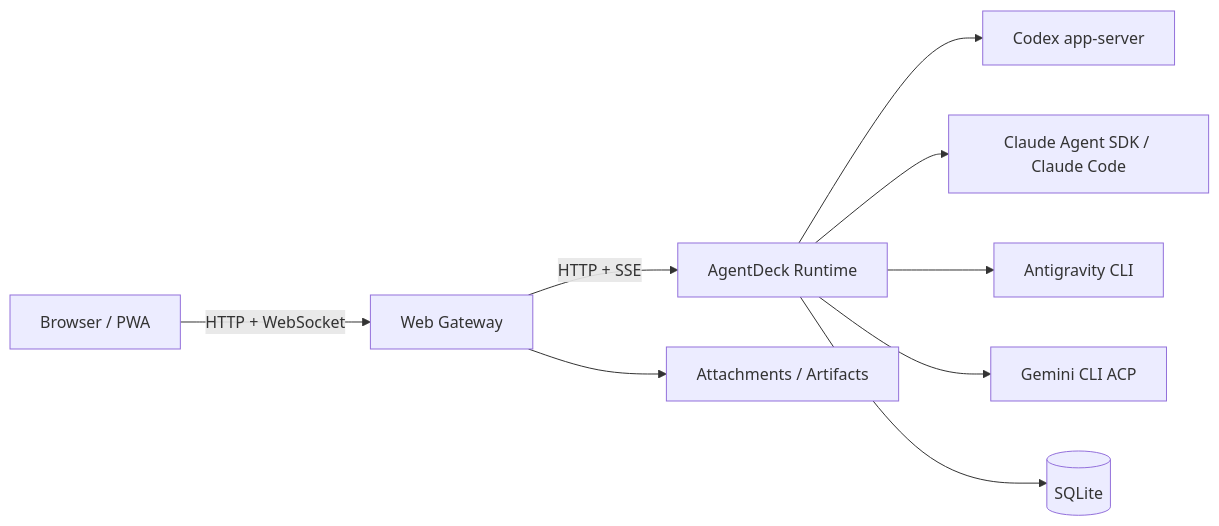
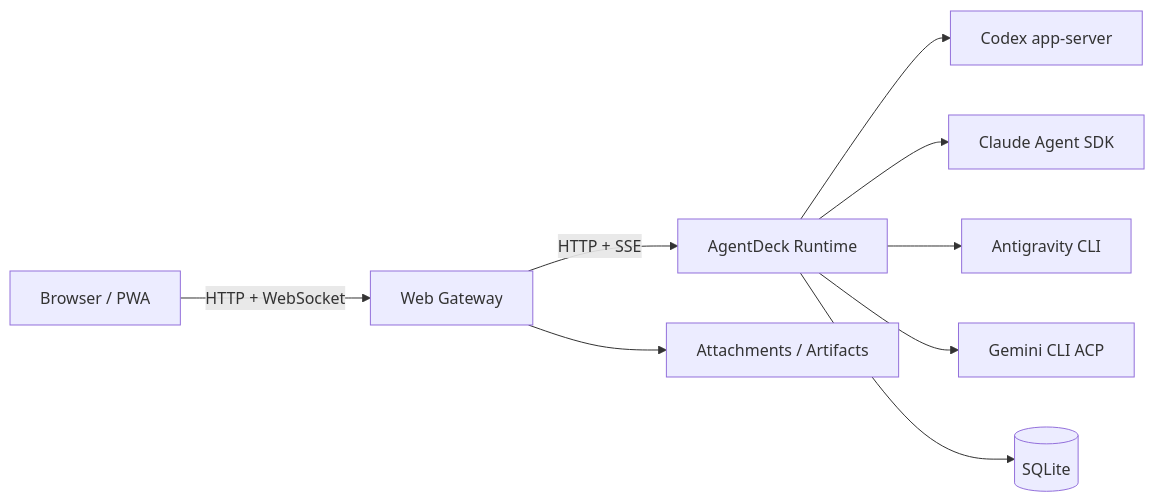
The diagram in README.md (razuberiii/agentdeck), drawn with Mermaid before and after one commit. The commit also changed other lines of this file and 13 other files, not shown here.

Commit message:
Add provider onboarding login flow

````diff
--- a/README.md
+++ b/README.md
@@ -78,12 +112,13 @@
 ```mermaid
 flowchart LR
     A[Browser / PWA] -->|HTTP + WebSocket| B[Web Gateway]
     B -->|HTTP + SSE| C[AgentDeck Runtime]
+
     C --> D[Codex app-server]
-    C --> E[Claude Agent SDK / Claude Code]
+    C --> E[Claude Agent SDK]
     C --> F[Antigravity CLI]
-    C --> I[Gemini CLI ACP]
+    C --> G[Gemini CLI ACP]
 
-    C --> G[(SQLite)]
-    B --> H[Attachments / Artifacts]
+    C --> H[(SQLite)]
+    B --> I[Attachments / Artifacts]
 ```
````
